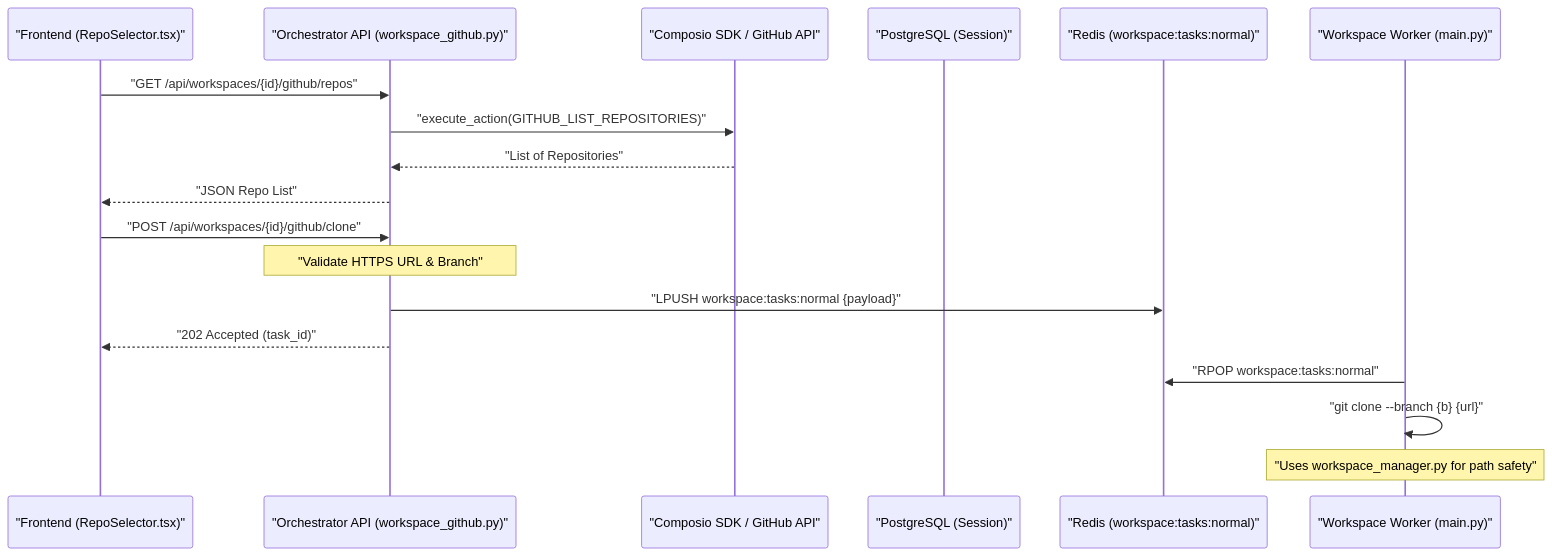
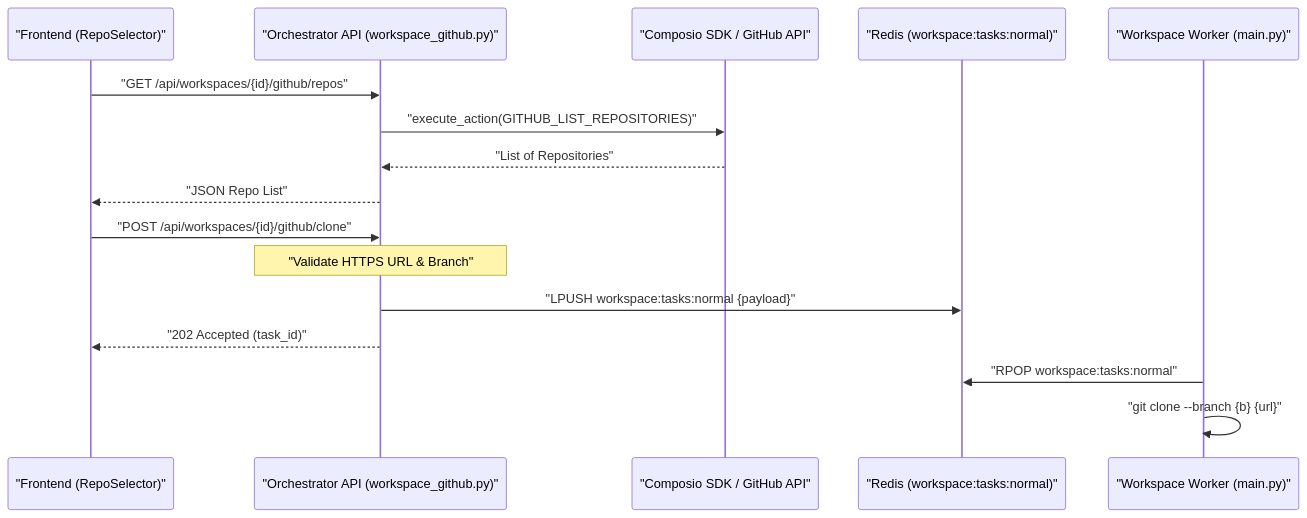
Before and after one commit to AutomatosAI/automatos-ai: the first of 2 diagrams in docs/workspace-execution/github-integration.md, drawn with Mermaid. The commit also changed other lines of this file and 191 other files, not shown here.

````diff
--- a/docs/workspace-execution/github-integration.md
+++ b/docs/workspace-execution/github-integration.md
@@ -47,23 +49,21 @@
 ```mermaid
 sequenceDiagram
-    participant FE as "Frontend (RepoSelector.tsx)"
+    participant FE as "Frontend (RepoSelector)"
     participant API as "Orchestrator API (workspace_github.py)"
     participant CMP as "Composio SDK / GitHub API"
-    participant DB as "PostgreSQL (Session)"
     participant RED as "Redis (workspace:tasks:normal)"
     participant WRK as "Workspace Worker (main.py)"
 
     FE->>API: "GET /api/workspaces/{id}/github/repos"
     API->>CMP: "execute_action(GITHUB_LIST_REPOSITORIES)"
     CMP-->>API: "List of Repositories"
     API-->>FE: "JSON Repo List"
 
     FE->>API: "POST /api/workspaces/{id}/github/clone"
     Note over API: "Validate HTTPS URL & Branch"
     API->>RED: "LPUSH workspace:tasks:normal {payload}"
     API-->>FE: "202 Accepted (task_id)"
 
     WRK->>RED: "RPOP workspace:tasks:normal"
     WRK->>WRK: "git clone --branch {b} {url}"
-    Note over WRK: "Uses workspace_manager.py for path safety"
 ```
````
